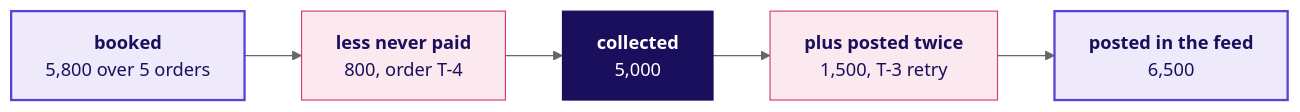
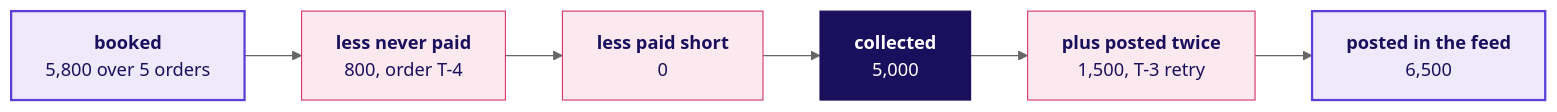
One commit to fde-academy-lab/c2-content-factory changed the diagram in content/W02/D2/cheatsheets/C2_W02_D02_joins_STUDENT.md. Above: the diagram before and after it, drawn with Mermaid (neutral theme). The commit also changed other lines of this file and 8 other files, not shown here.

````diff
--- a/content/W02/D2/cheatsheets/C2_W02_D02_joins_STUDENT.md
+++ b/content/W02/D2/cheatsheets/C2_W02_D02_joins_STUDENT.md
@@ -9,13 +9,14 @@
 ```mermaid
 flowchart LR
     B["<b>booked</b><br/>5,800 over 5 orders"] --> U["<b>less never paid</b><br/>800, order T-4"]
-    U --> C["<b>collected</b><br/>5,000"]
+    U --> S["<b>less paid short</b><br/>0"]
+    S --> C["<b>collected</b><br/>5,000"]
     C --> R["<b>plus posted twice</b><br/>1,500, T-3 retry"]
     R --> P["<b>posted in the feed</b><br/>6,500"]
     classDef known fill:#EEEAFB,stroke:#5B3FD6,color:#1A0F5C,stroke-width:2px
     classDef bad fill:#FBE9EF,stroke:#D63A6A,color:#1A0F5C
     classDef bet fill:#1A0F5C,stroke:#1A0F5C,color:#FFFFFF
     class B,P known
-    class U,R bad
+    class U,S,R bad
     class C bet
 ```
````
